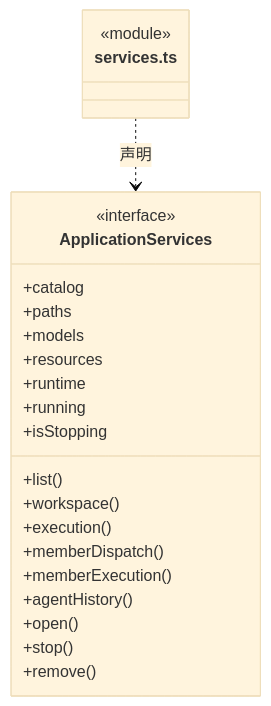
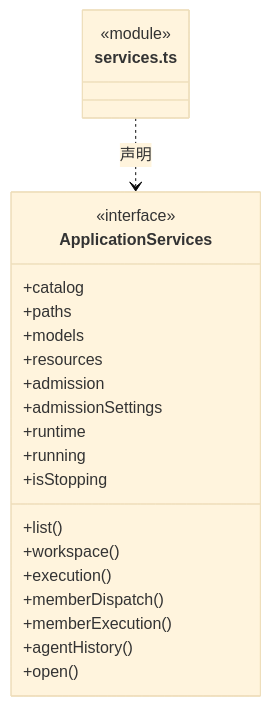
The second of 4 diagrams in src/backend/main/ipc/ARCHITECTURE.md (nan023062/cbim), drawn with Mermaid (base theme) before and after one commit. The commit also changed other lines of this file and 70 other files, not shown here.

````diff
--- a/src/backend/main/ipc/ARCHITECTURE.md
+++ b/src/backend/main/ipc/ARCHITECTURE.md
@@ -34,26 +34,26 @@
 ```mermaid
 classDiagram
 class N_src_backend_main_ipc_services_ts["services.ts"] {
   <<module>>
 }
 class N_src_backend_main_ipc_services_ts_ApplicationServices["ApplicationServices"] {
   <<interface>>
   +catalog
   +paths
   +models
   +resources
+  +admission
+  +admissionSettings
   +runtime
   +running
   +isStopping
   +list()
   +workspace()
   +execution()
   +memberDispatch()
   +memberExecution()
   +agentHistory()
   +open()
-  +stop()
-  +remove()
 }
 N_src_backend_main_ipc_services_ts ..> N_src_backend_main_ipc_services_ts_ApplicationServices : 声明
 ```
````
